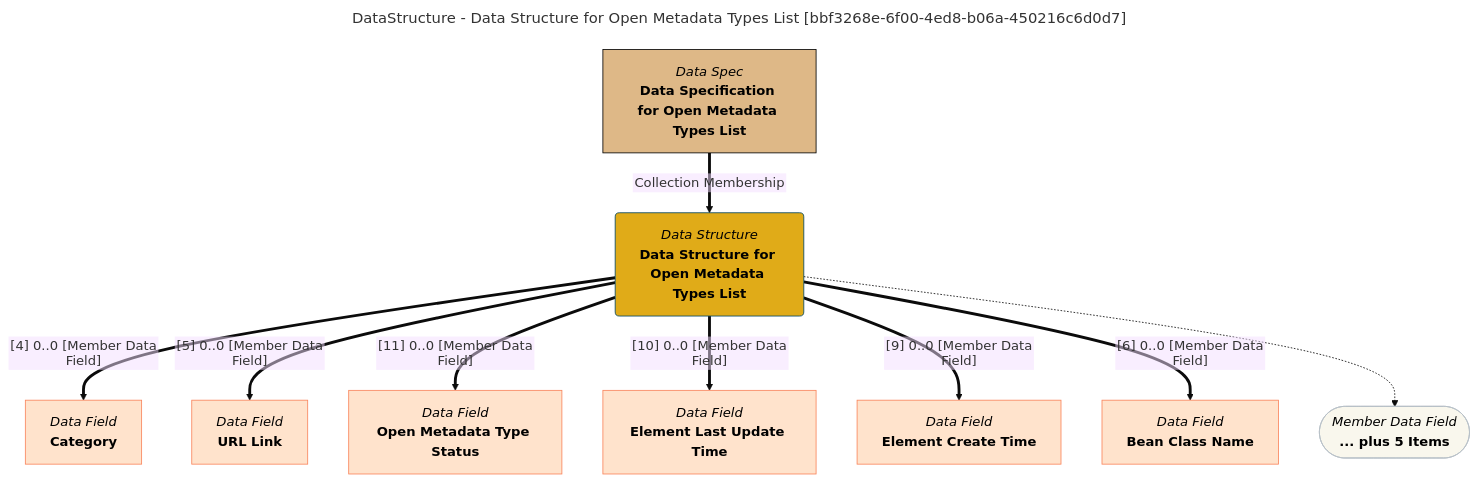
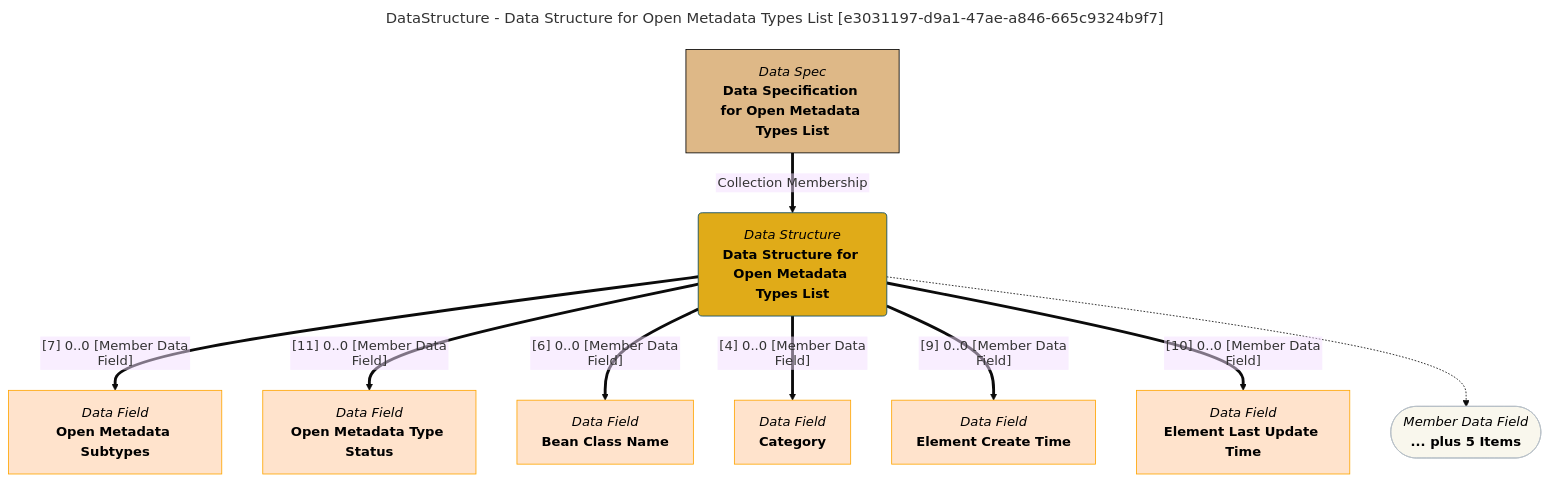
The diagram in site/snippets/data-structures/data-structure-for-open-metadata-types-list-mermaid-graph.md (odpi/egeria-docs), drawn with Mermaid (base theme) before and after one commit. The commit also changed 2201 other files, not shown here.

````diff
--- a/site/snippets/data-structures/data-structure-for-open-metadata-types-list-mermaid-graph.md
+++ b/site/snippets/data-structures/data-structure-for-open-metadata-types-list-mermaid-graph.md
@@ -1,43 +1,43 @@
 ```mermaid
 ---
-title: DataStructure - Data Structure for Open Metadata Types List [bbf3268e-6f00-4ed8-b06a-450216c6d0d7]
+title: DataStructure - Data Structure for Open Metadata Types List [e3031197-d9a1-47ae-a846-665c9324b9f7]
 ---
 flowchart TD
 %%{init: {"flowchart": {"htmlLabels": false}} }%%
 
 1@{ shape: rounded, label: "*Data Structure*
 **Data Structure for Open Metadata Types List**"}
 2@{ shape: rect, label: "*Data Spec*
 **Data Specification for Open Metadata Types List**"}
 2==>|"Collection Membership"|1
 3@{ shape: rect, label: "*Data Field*
+**Open Metadata Subtypes**"}
+1==>|"[7] 0..0 [Member Data Field]"|3
+4@{ shape: rect, label: "*Data Field*
+**Open Metadata Type Status**"}
+1==>|"[11] 0..0 [Member Data Field]"|4
+5@{ shape: rect, label: "*Data Field*
+**Bean Class Name**"}
+1==>|"[6] 0..0 [Member Data Field]"|5
+6@{ shape: rect, label: "*Data Field*
 **Category**"}
-1==>|"[4] 0..0 [Member Data Field]"|3
-4@{ shape: rect, label: "*Data Field*
-**URL Link**"}
-1==>|"[5] 0..0 [Member Data Field]"|4
-5@{ shape: rect, label: "*Data Field*
-**Open Metadata Type Status**"}
-1==>|"[11] 0..0 [Member Data Field]"|5
-6@{ shape: rect, label: "*Data Field*
-**Element Last Update Time**"}
-1==>|"[10] 0..0 [Member Data Field]"|6
+1==>|"[4] 0..0 [Member Data Field]"|6
 7@{ shape: rect, label: "*Data Field*
 **Element Create Time**"}
 1==>|"[9] 0..0 [Member Data Field]"|7
 8@{ shape: rect, label: "*Data Field*
-**Bean Class Name**"}
-1==>|"[6] 0..0 [Member Data Field]"|8
+**Element Last Update Time**"}
+1==>|"[10] 0..0 [Member Data Field]"|8
 9@{ shape: stadium, label: "*Member Data Field*
 **... plus 5 Items**"}
 1-.->9
 style 1 color:#000000, fill:#e0ab18, stroke:#004563
-style 2 color:#000000, fill:#deb887, stroke:#000000
-style 3 color:#000000, fill:#ffe3cc, stroke:#f9845b
-style 4 color:#000000, fill:#ffe3cc, stroke:#f9845b
-style 5 color:#000000, fill:#ffe3cc, stroke:#f9845b
-style 6 color:#000000, fill:#ffe3cc, stroke:#f9845b
-style 7 color:#000000, fill:#ffe3cc, stroke:#f9845b
-style 8 color:#000000, fill:#ffe3cc, stroke:#f9845b
+style 2 color:#000000, fill:#DEB887, stroke:#000000
+style 3 color:#000000, fill:#ffe3cc, stroke:#FFA500
+style 4 color:#000000, fill:#ffe3cc, stroke:#FFA500
+style 5 color:#000000, fill:#ffe3cc, stroke:#FFA500
+style 6 color:#000000, fill:#ffe3cc, stroke:#FFA500
+style 7 color:#000000, fill:#ffe3cc, stroke:#FFA500
+style 8 color:#000000, fill:#ffe3cc, stroke:#FFA500
 style 9 color:#000000, fill:#F9F7ED, stroke:#b7c0c7
 ```
````
